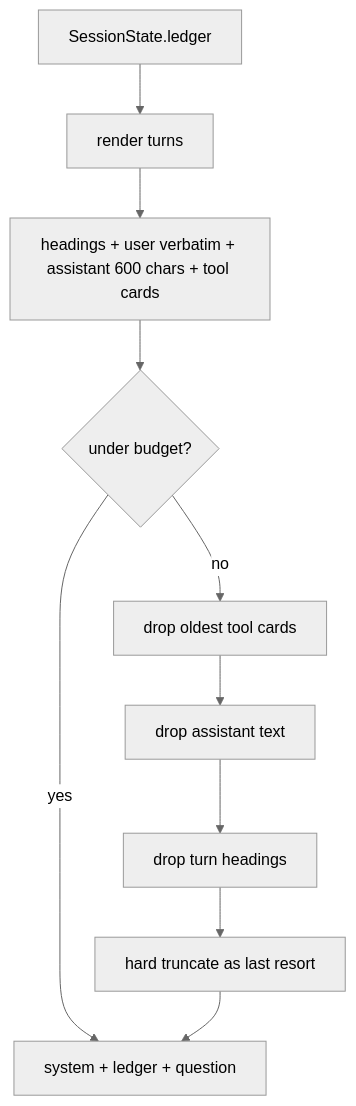
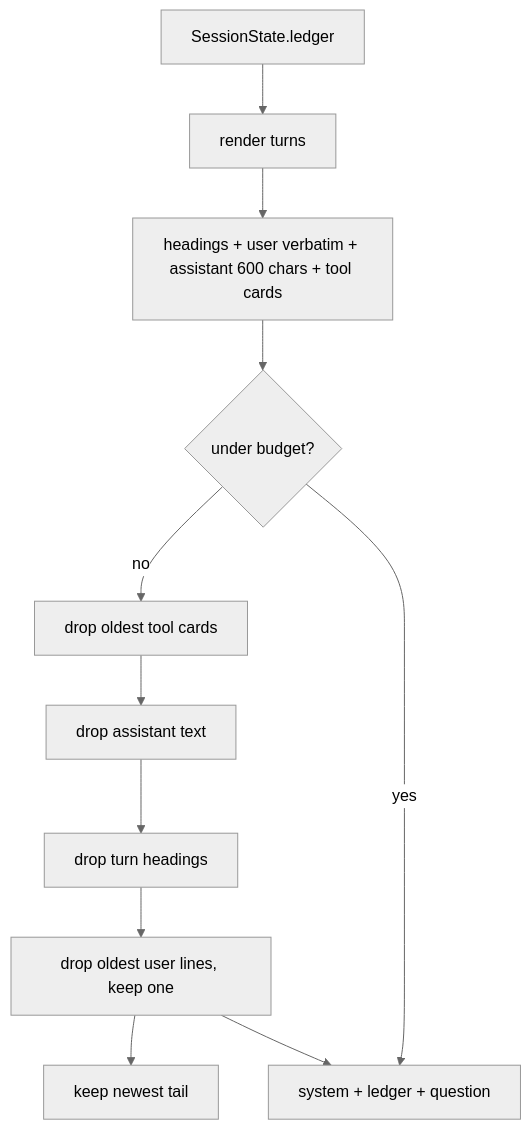
The first of 2 diagrams in docs/wiki/prompt-assembly.md (Printaga/Hermes-Coach), drawn with Mermaid (neutral theme) before and after one commit. The commit also changed other lines of this file and 12 other files, not shown here.

````diff
--- a/docs/wiki/prompt-assembly.md
+++ b/docs/wiki/prompt-assembly.md
@@ -12,12 +15,13 @@
 ```mermaid
 flowchart TD
   A[SessionState.ledger] --> B[render turns]
   B --> C[headings + user verbatim + assistant 600 chars + tool cards]
   C --> D{under budget?}
   D -->|no| E[drop oldest tool cards]
   E --> F[drop assistant text]
   F --> G[drop turn headings]
-  G --> H[hard truncate as last resort]
+  G --> H[drop oldest user lines, keep one]
+  H --> J[keep newest tail]
   D -->|yes| I[system + ledger + question]
   H --> I
 ```
````
